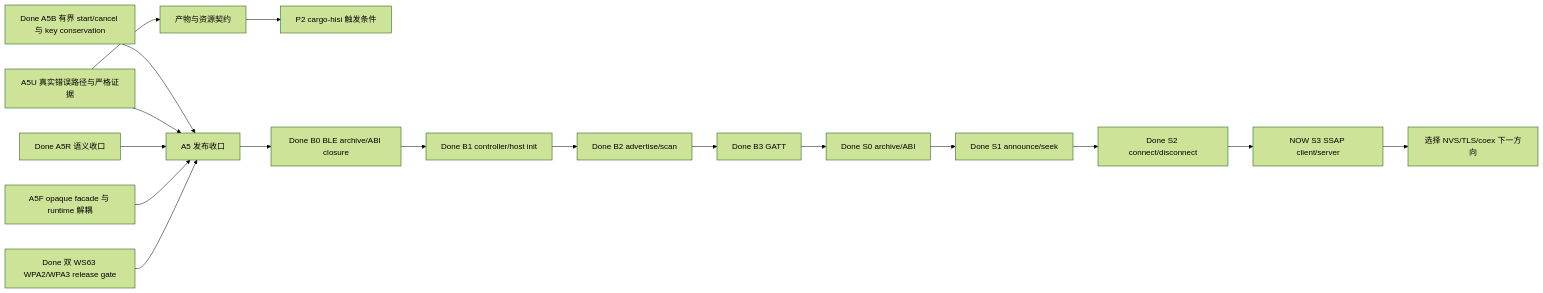
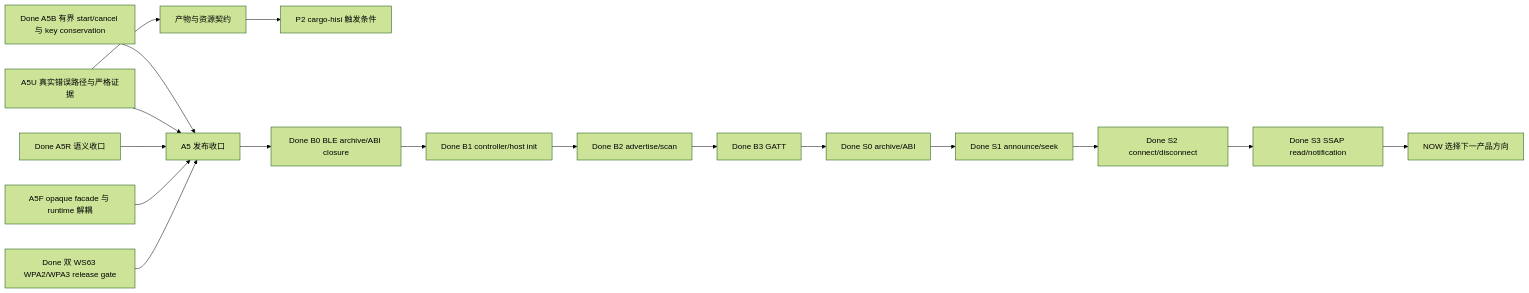
The diagram in docs/plan/README.md (hispark-rs/hisi-riscv-rs), drawn with Mermaid (forest theme) before and after one commit. The commit also changed other lines of this file and 3 other files, not shown here.

````diff
--- a/docs/plan/README.md
+++ b/docs/plan/README.md
@@ -41,19 +41,19 @@
 ```mermaid
 flowchart LR
     A5B["Done A5B 有界 start/cancel 与 key conservation"] --> A5["A5 发布收口"]
     A5U["A5U 真实错误路径与严格证据"] --> A5
     A5U --> REPORT["产物与资源契约"]
     REPORT --> CLI["P2 cargo-hisi 触发条件"]
     A5R["Done A5R 语义收口"] --> A5
     A5F["A5F opaque facade 与 runtime 解耦"] --> A5
     WPA3["Done 双 WS63 WPA2/WPA3 release gate"] --> A5
     A5 --> B0["Done B0 BLE archive/ABI closure"]
     B0 --> B1["Done B1 controller/host init"]
     B1 --> B2["Done B2 advertise/scan"]
     B2 --> B3["Done B3 GATT"]
     B3 --> S0["Done S0 archive/ABI"]
     S0 --> S1["Done S1 announce/seek"]
     S1 --> S2["Done S2 connect/disconnect"]
-    S2 --> S3["NOW S3 SSAP client/server"]
-    S3 --> NEXT["选择 NVS/TLS/coex 下一方向"]
+    S2 --> S3["Done S3 SSAP read/notification"]
+    S3 --> NEXT["NOW 选择下一产品方向"]
 ```
````
